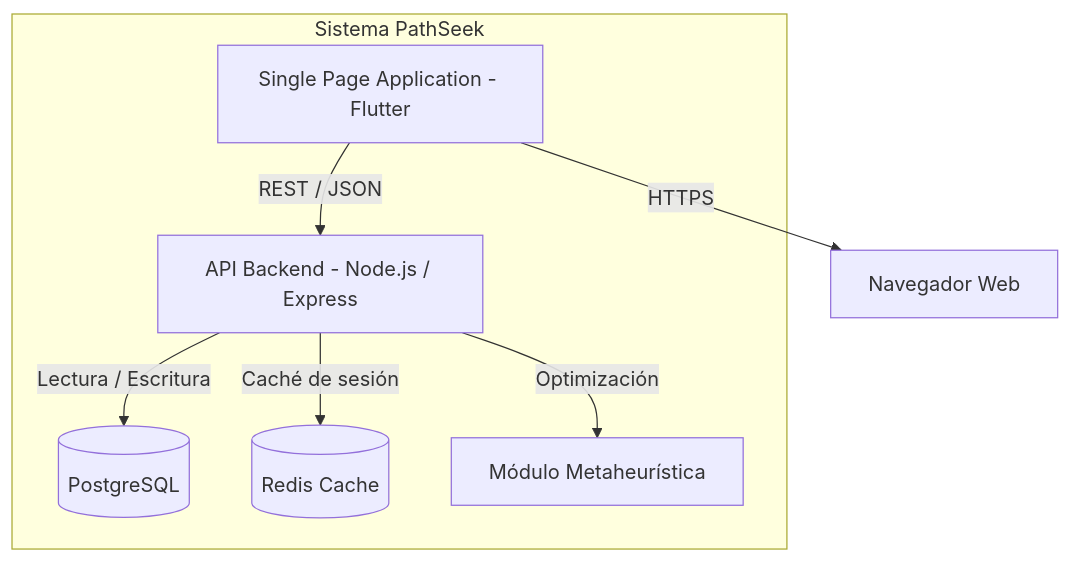
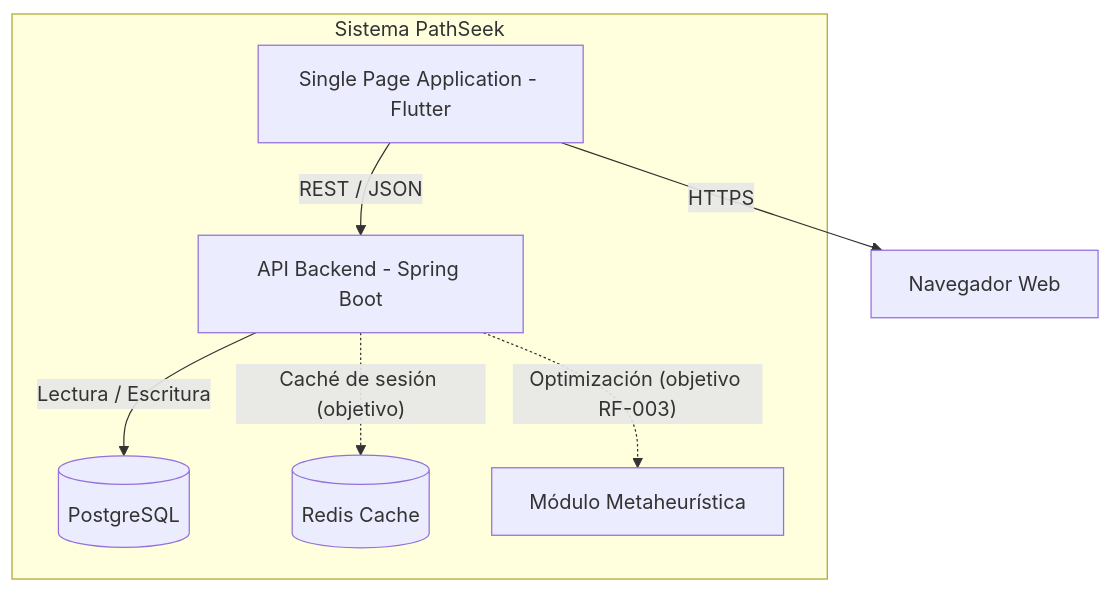
One commit to UmbraFlare-code/PathSeek changed the second of 7 diagrams in docs/01 Inicio/12. Modelo C4 V_1_1_0.md. Above: the diagram before and after it, drawn with Mermaid. The commit also changed other lines of this file and 19 other files, not shown here.

````diff
--- a/docs/01 Inicio/12. Modelo C4 V_1_1_0.md
+++ b/docs/01 Inicio/12. Modelo C4 V_1_1_0.md
@@ -28,12 +28,12 @@
 ```mermaid
 graph TD
     subgraph "Sistema PathSeek"
-        WA["Single Page Application - Flutter"] -->|"REST / JSON"| API["API Backend - Node.js / Express"]
+        WA["Single Page Application - Flutter"] -->|"REST / JSON"| API["API Backend - Spring Boot"]
         API -->|"Lectura / Escritura"| DB[("PostgreSQL")]
 
-        API -->|"Caché de sesión"| CACHE[("Redis Cache")]
-        API -->|"Optimización"| ALGO["Módulo Metaheurística"]
+        API -.->|"Caché de sesión (objetivo)"| CACHE[("Redis Cache")]
+        API -.->|"Optimización (objetivo RF-003)"| ALGO["Módulo Metaheurística"]
 
     end
     WA -->|"HTTPS"| BROWSER["Navegador Web"]
 ```
````
